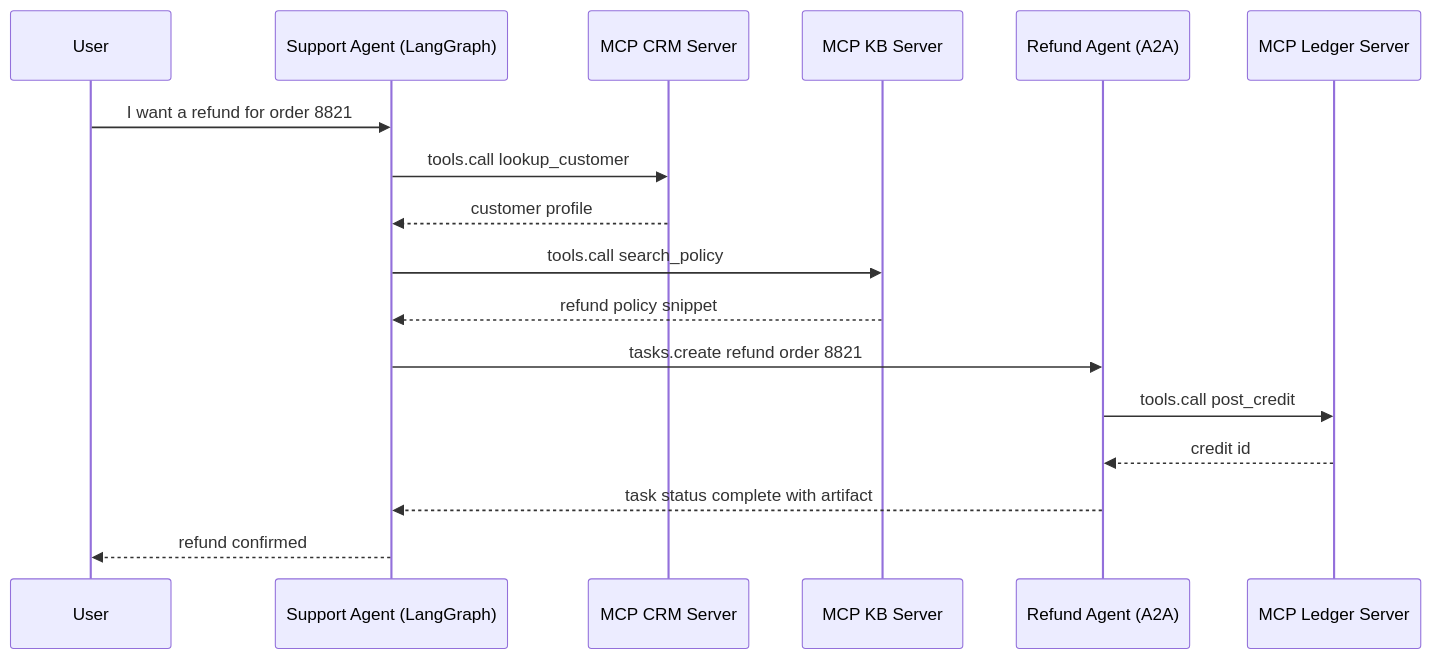
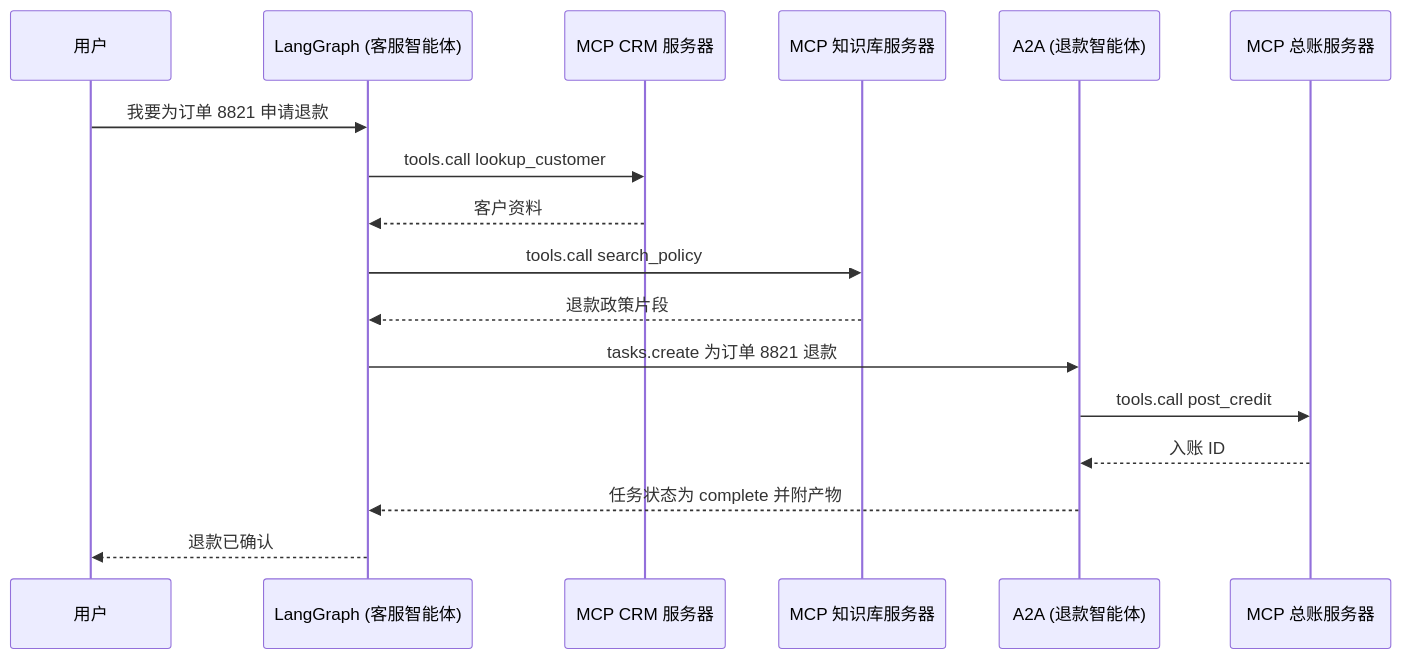
Before and after one commit to ChiHoc/ai-system-design-guide-zh: the fourth of 5 diagrams in 07-agentic-systems/03-tool-use-and-mcp.md, drawn with Mermaid. The commit also changed other lines of this file and 17 other files, not shown here.

````diff
--- a/07-agentic-systems/03-tool-use-and-mcp.md
+++ b/07-agentic-systems/03-tool-use-and-mcp.md
@@ -313,20 +360,20 @@
 ```mermaid
 sequenceDiagram
-    participant User
-    participant Support as Support Agent (LangGraph)
-    participant CRM as MCP CRM Server
-    participant KB as MCP KB Server
-    participant Refund as Refund Agent (A2A)
-    participant Ledger as MCP Ledger Server
+    participant User as 用户
+    participant Support as LangGraph (客服智能体)
+    participant CRM as MCP CRM 服务器
+    participant KB as MCP 知识库服务器
+    participant Refund as A2A (退款智能体)
+    participant Ledger as MCP 总账服务器
 
-    User->>Support: I want a refund for order 8821
+    User->>Support: 我要为订单 8821 申请退款
     Support->>CRM: tools.call lookup_customer
-    CRM-->>Support: customer profile
+    CRM-->>Support: 客户资料
     Support->>KB: tools.call search_policy
-    KB-->>Support: refund policy snippet
-    Support->>Refund: tasks.create refund order 8821
+    KB-->>Support: 退款政策片段
+    Support->>Refund: tasks.create 为订单 8821 退款
     Refund->>Ledger: tools.call post_credit
-    Ledger-->>Refund: credit id
-    Refund-->>Support: task status complete with artifact
-    Support-->>User: refund confirmed
+    Ledger-->>Refund: 入账 ID
+    Refund-->>Support: 任务状态为 complete 并附产物
+    Support-->>User: 退款已确认
 ```
````
